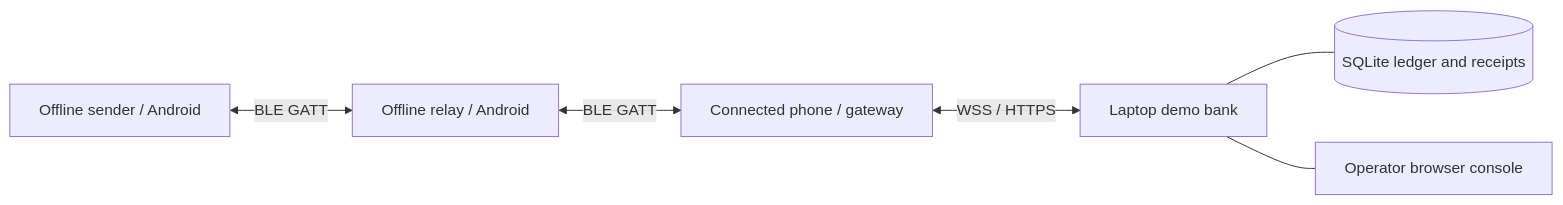
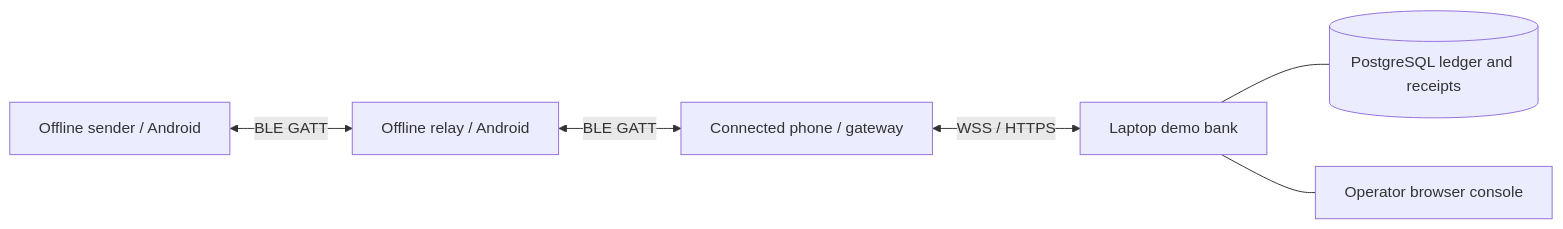
One commit to Shikharyadav25/BeyondNet changed the first of 2 diagrams in docs/ARCHITECTURE.md. Above: the diagram before and after it, drawn with Mermaid. The commit also changed other lines of this file and 149 other files, not shown here.

````diff
--- a/docs/ARCHITECTURE.md
+++ b/docs/ARCHITECTURE.md
@@ -7,8 +7,8 @@
 ```mermaid
 flowchart LR
     A[Offline sender / Android] <-->|BLE GATT| B[Offline relay / Android]
     B <-->|BLE GATT| C[Connected phone / gateway]
     C <-->|WSS / HTTPS| K[Laptop demo bank]
-    K --- DB[(SQLite ledger and receipts)]
+    K --- DB[(PostgreSQL ledger and receipts)]
     K --- UI[Operator browser console]
 ```
````
